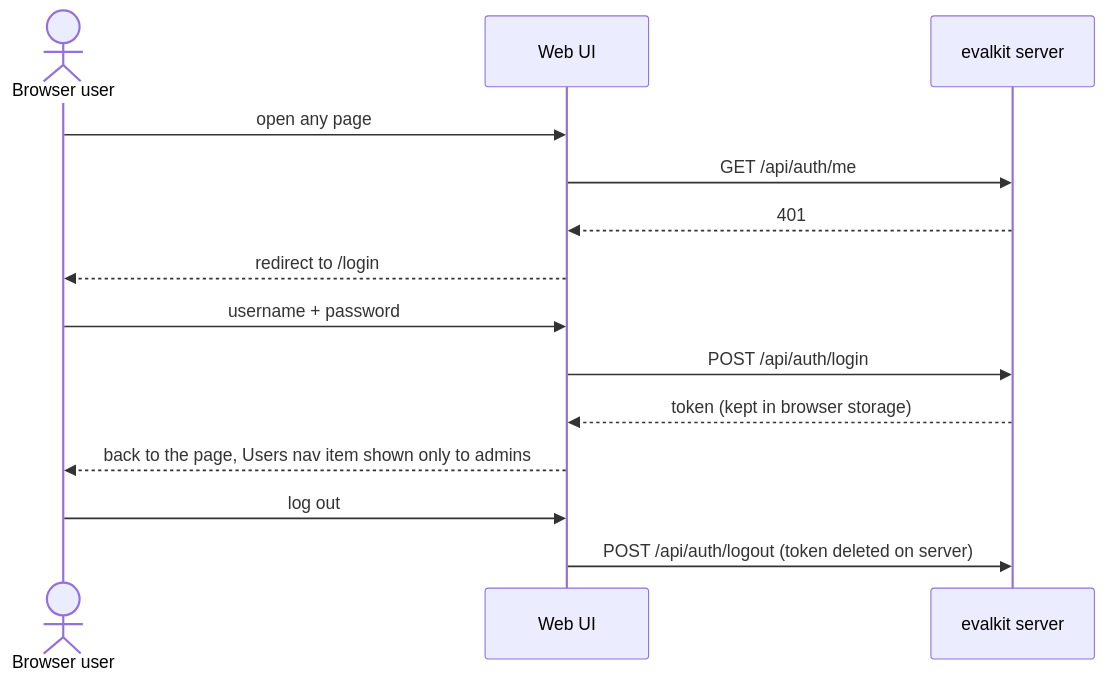
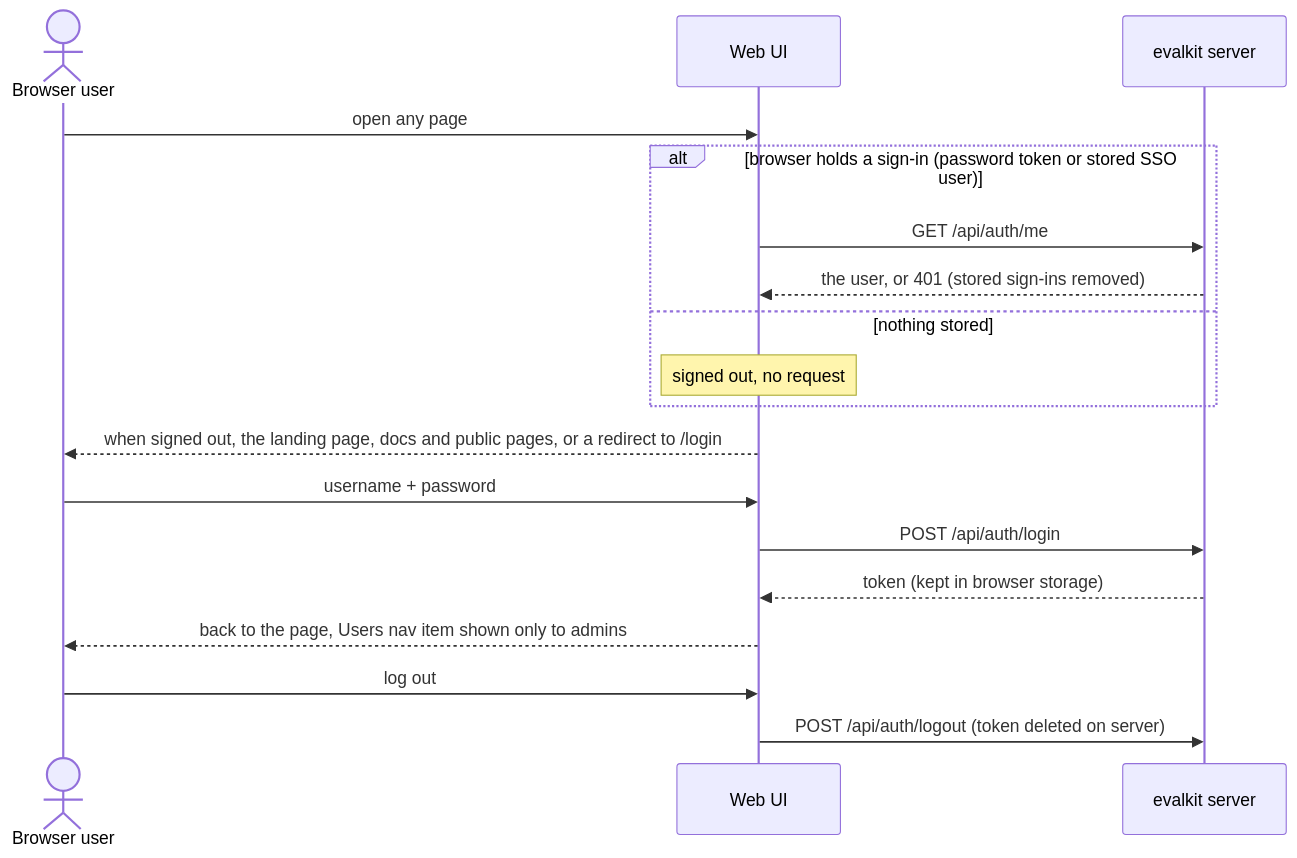
One commit to inferedge-ai/evalkit changed the third of 3 diagrams in docs/flows/01-install-login.md. Above: the diagram before and after it, drawn with Mermaid. The commit also changed other lines of this file and 4 other files, not shown here.

Commit message:
Remove every stored SSO user when the server refuses one, and update the login flow doc

````diff
--- a/docs/flows/01-install-login.md
+++ b/docs/flows/01-install-login.md
@@ -61,16 +61,20 @@
 ```mermaid
 sequenceDiagram
   actor U as Browser user
   participant UI as Web UI
   participant S as evalkit server
   U->>UI: open any page
-  UI->>S: GET /api/auth/me
-  S-->>UI: 401
-  UI-->>U: redirect to /login
+  alt browser holds a sign-in (password token or stored SSO user)
+    UI->>S: GET /api/auth/me
+    S-->>UI: the user, or 401 (stored sign-ins removed)
+  else nothing stored
+    Note over UI: signed out, no request
+  end
+  UI-->>U: when signed out, the landing page, docs and public pages, or a redirect to /login
   U->>UI: username + password
   UI->>S: POST /api/auth/login
   S-->>UI: token (kept in browser storage)
   UI-->>U: back to the page, Users nav item shown only to admins
   U->>UI: log out
   UI->>S: POST /api/auth/logout (token deleted on server)
 ```
````
